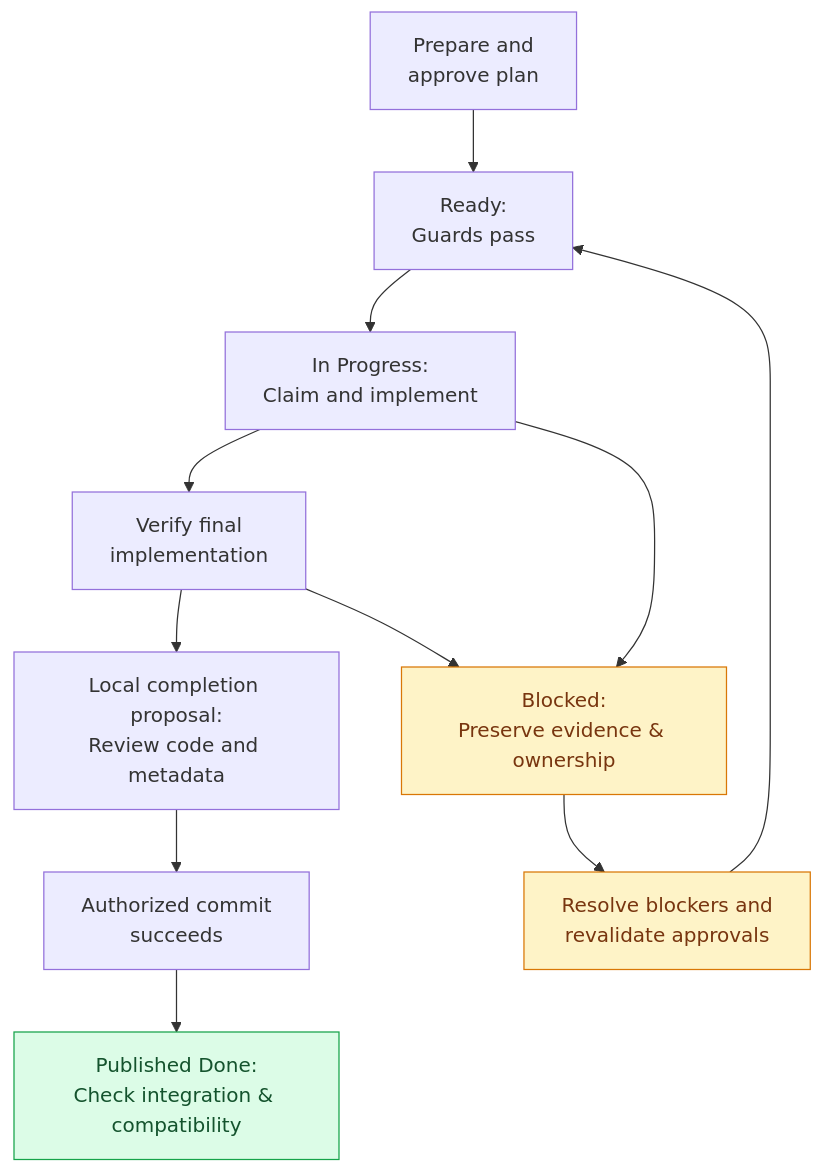
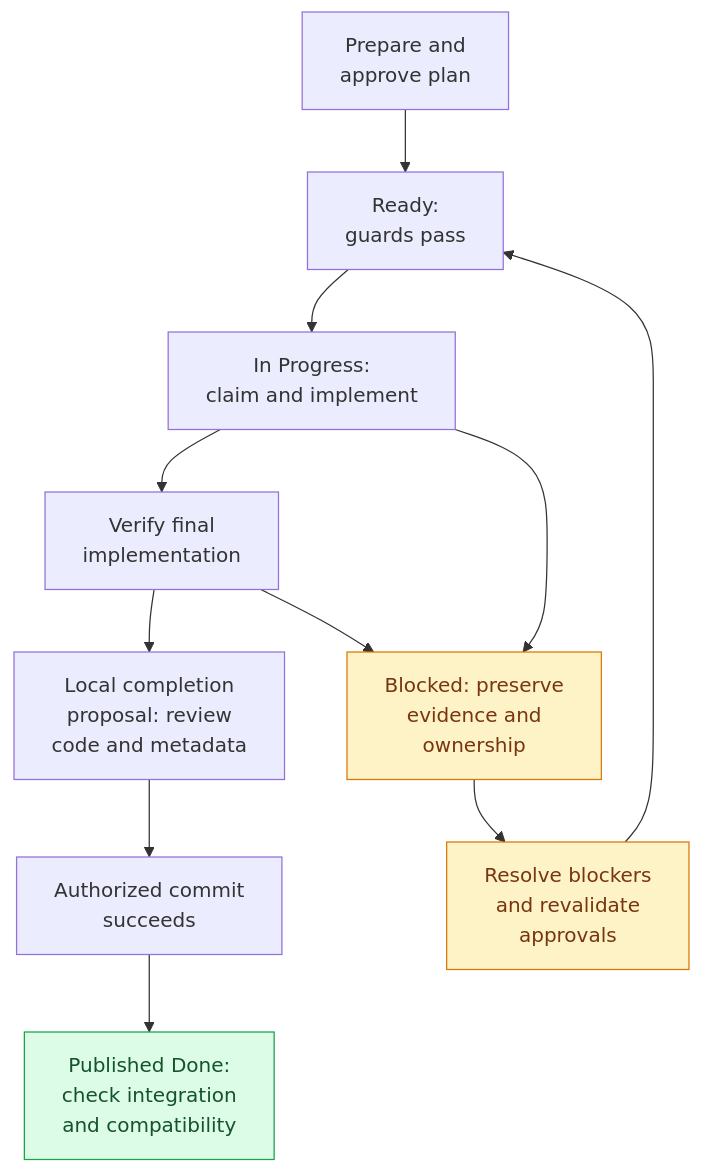
The third of 4 diagrams in README.md (AlexDubel/AIMemBankAndCDIP-tmpl), drawn with Mermaid before and after one commit. The commit also changed other lines of this file and 1 other file, not shown here.

Commit message:
Format Mermaid diagram node labels to prevent horizontal text clipping on GitHub

````diff
--- a/README.md
+++ b/README.md
@@ -193,17 +193,17 @@
 ```mermaid
 flowchart TD
-    Plan["Prepare and<br/>approve plan"] --> Ready["Ready:<br/>Guards pass"]
-    Ready --> Execute["In Progress:<br/>Claim and implement"]
+    Plan["Prepare and<br/>approve plan"] --> Ready["Ready:<br/>guards pass"]
+    Ready --> Execute["In Progress:<br/>claim and implement"]
     Execute --> Verify["Verify final<br/>implementation"]
-    Verify --> Proposal["Local completion proposal:<br/>Review code and metadata"]
+    Verify --> Proposal["Local completion<br/>proposal: review<br/>code and metadata"]
     Proposal --> Commit["Authorized commit<br/>succeeds"]
-    Commit --> Done["Published Done:<br/>Check integration & compatibility"]
-    Execute --> Blocked["Blocked:<br/>Preserve evidence & ownership"]
+    Commit --> Done["Published Done:<br/>check integration<br/>and compatibility"]
+    Execute --> Blocked["Blocked: preserve<br/>evidence and<br/>ownership"]
     Verify --> Blocked
-    Blocked --> Resolve["Resolve blockers and<br/>revalidate approvals"]
+    Blocked --> Resolve["Resolve blockers<br/>and revalidate<br/>approvals"]
     Resolve --> Ready
     classDef blocked fill:#fef3c7,stroke:#d97706,color:#78350f
     classDef complete fill:#dcfce7,stroke:#16a34a,color:#14532d
     class Blocked,Resolve blocked
     class Done complete
 ```
````
